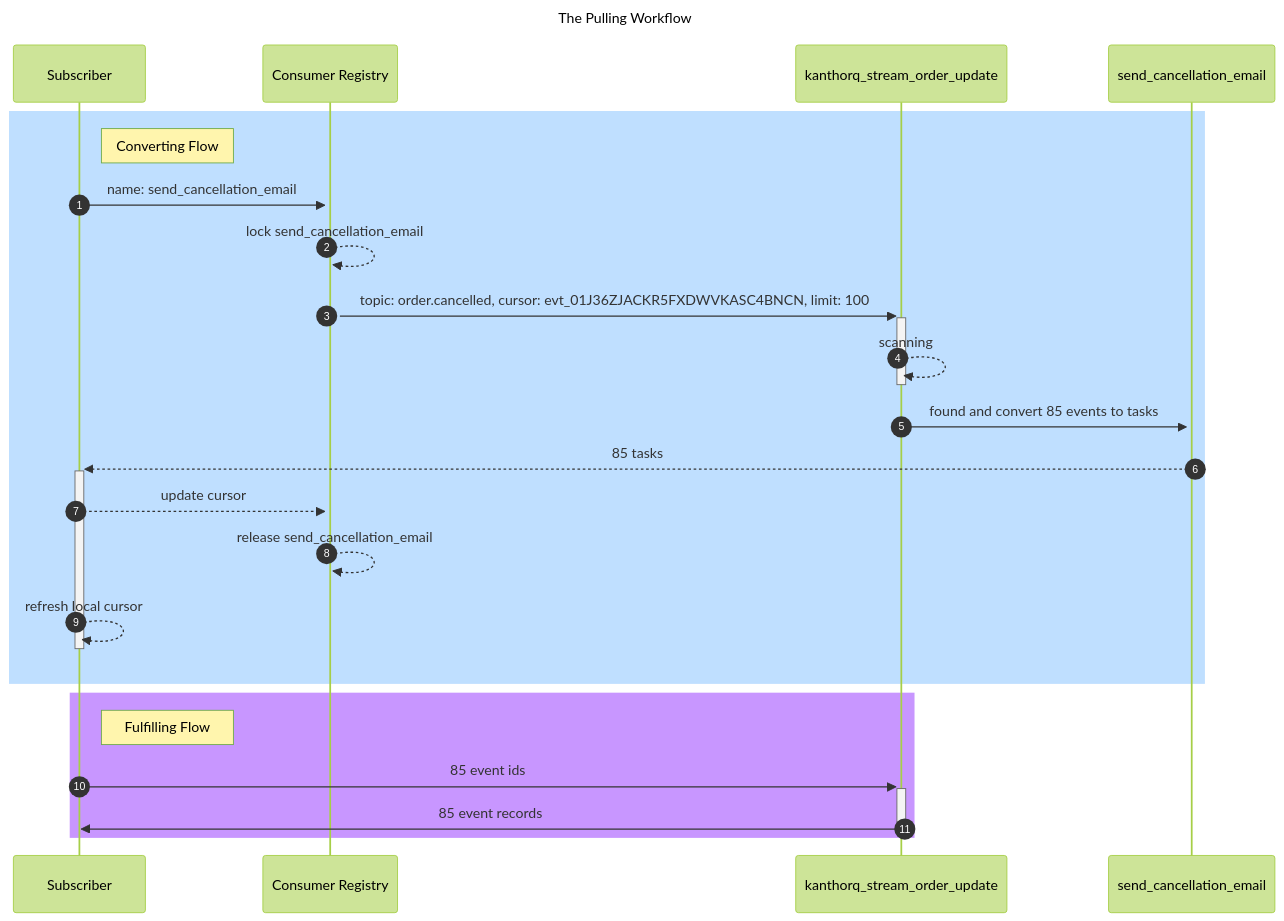
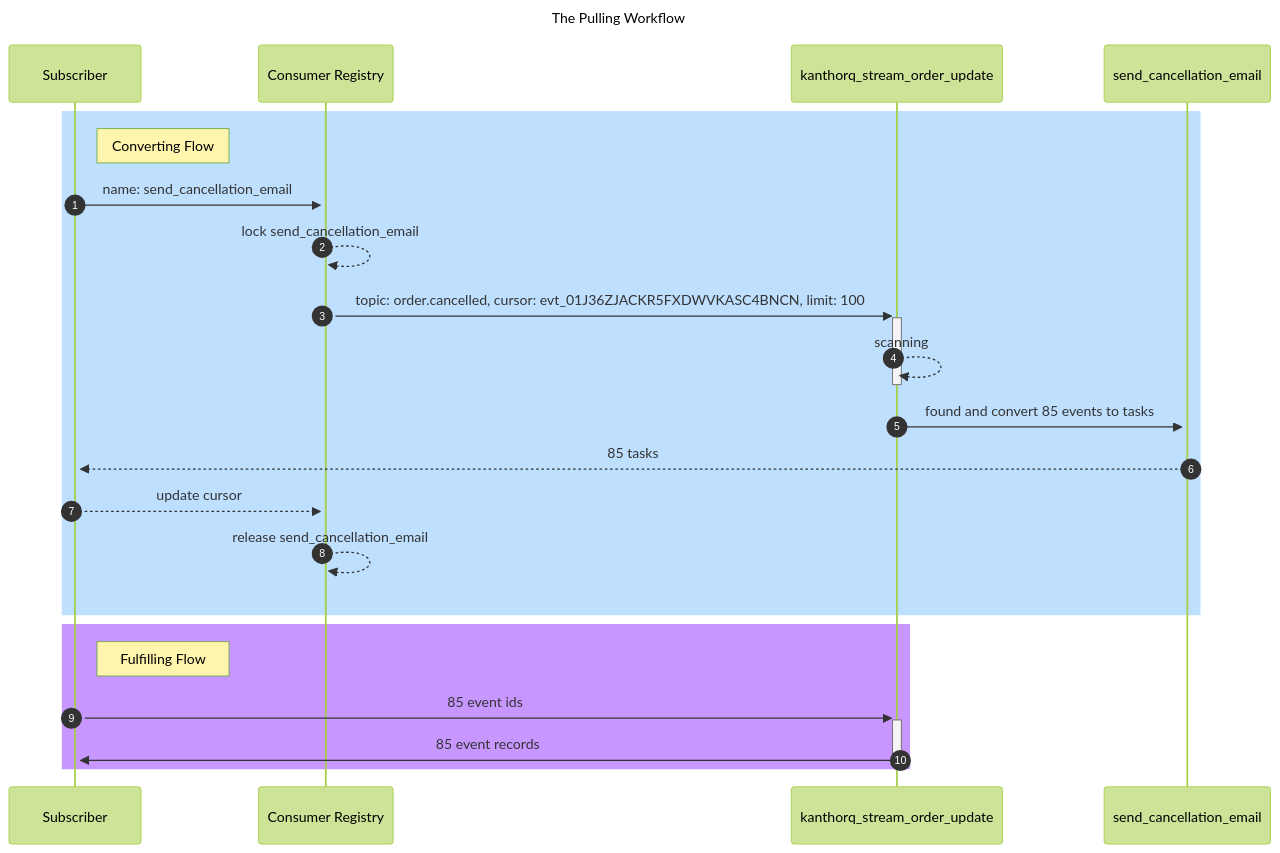
Before and after one commit to kanthorlabs/kanthorq: the first of 2 diagrams in website/docs/002-concepts/007-subscriber.md, drawn with Mermaid (forest theme). The commit also changed other lines of this file and 43 other files, not shown here.

````diff
--- a/website/docs/002-concepts/007-subscriber.md
+++ b/website/docs/002-concepts/007-subscriber.md
@@ -15,34 +15,32 @@
 ```mermaid
 ---
 title: The Pulling Workflow
 ---
 sequenceDiagram
   autonumber
 
   rect rgb(191, 223, 255)
   note right of Subscriber: Converting Flow
 
   Subscriber ->> +Consumer Registry: name: send_cancellation_email
   Consumer Registry -->> Consumer Registry: lock send_cancellation_email
 
   Consumer Registry ->> +kanthorq_stream_order_update: topic: order.cancelled, cursor: evt_01J36ZJACKR5FXDWVKASC4BNCN, limit: 100
   kanthorq_stream_order_update -->> -kanthorq_stream_order_update: scanning
   kanthorq_stream_order_update ->> +send_cancellation_email: found and convert 85 events to tasks
 
   send_cancellation_email -->> +Subscriber: 85 tasks
   Subscriber -->> Consumer Registry: update cursor
   Consumer Registry -->> Consumer Registry: release send_cancellation_email
 
-  Subscriber -->> -Subscriber: refresh local cursor
-
   end
 
   rect rgb(200, 150, 255)
   note right of Subscriber: Fulfilling Flow
 
   Subscriber ->> +kanthorq_stream_order_update: 85 event ids
   kanthorq_stream_order_update ->> -Subscriber: 85 event records
   end
 
 
 ```
````
